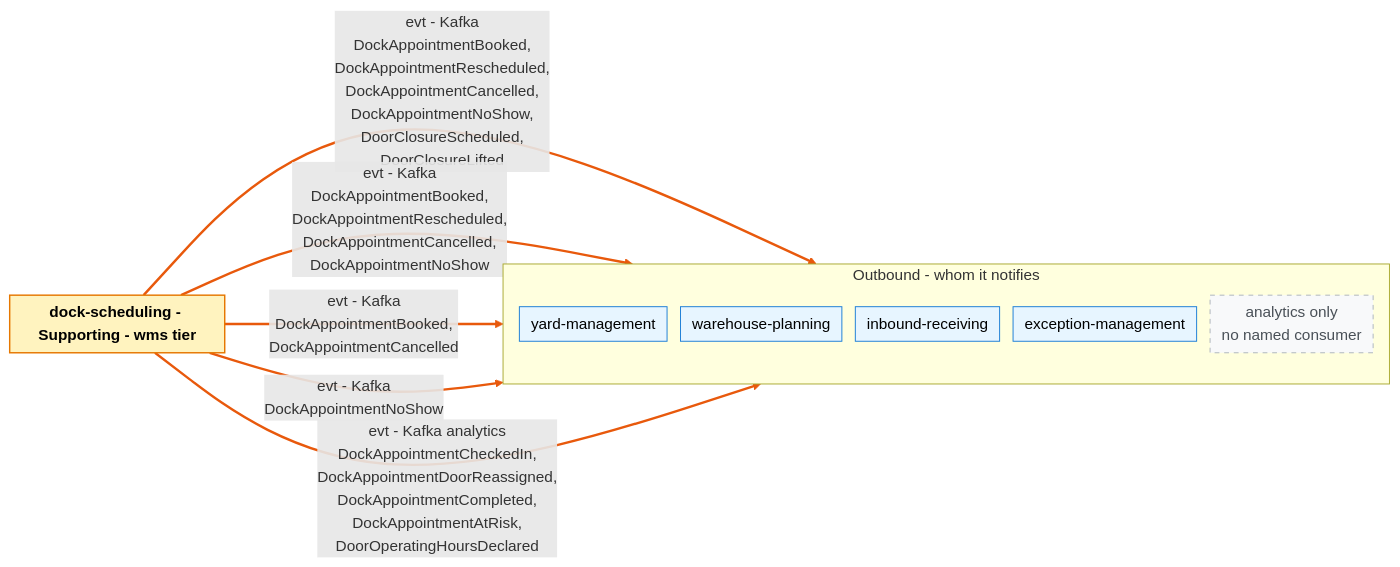
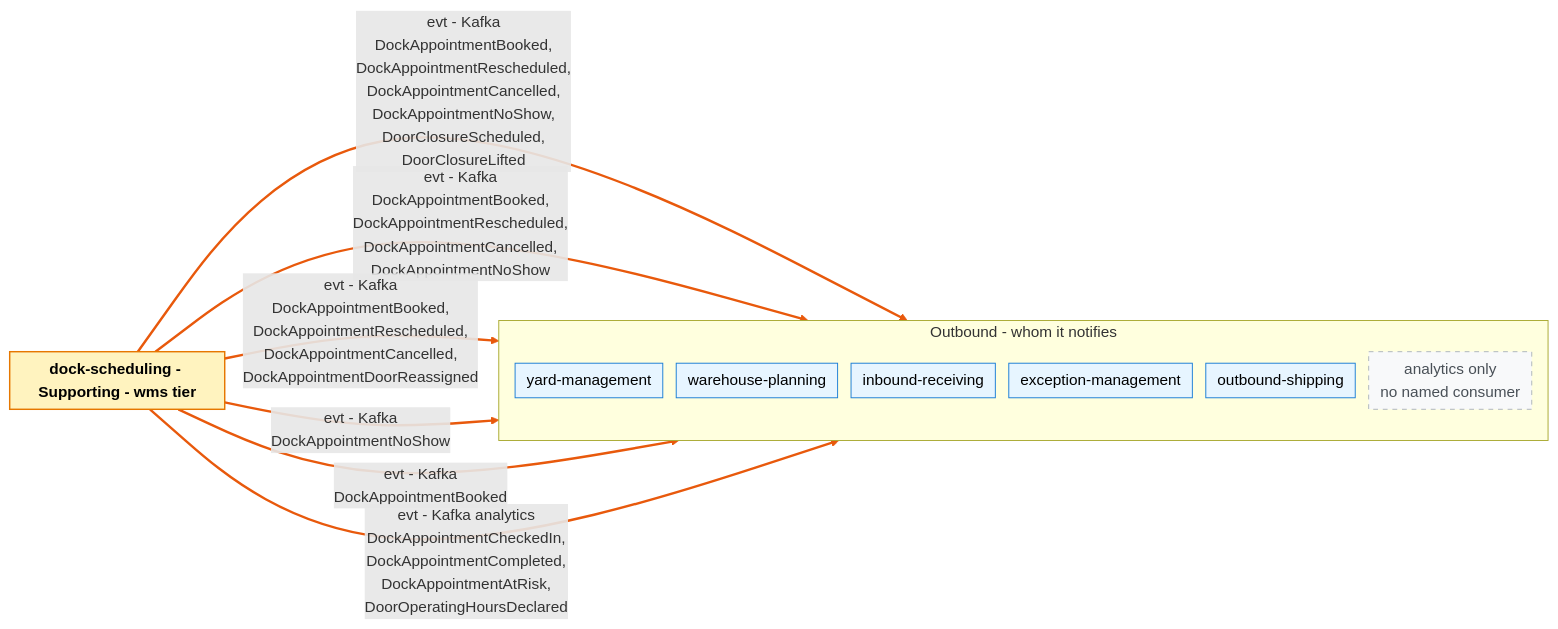
Before and after one commit to IQVO/warehouse-docs: the second of 2 diagrams in yard/docs/contexts/dock-scheduling/bounded-context-canvas.md, drawn with Mermaid. The commit also changed other lines of this file and 51 other files, not shown here.

````diff
--- a/yard/docs/contexts/dock-scheduling/bounded-context-canvas.md
+++ b/yard/docs/contexts/dock-scheduling/bounded-context-canvas.md
@@ -78,30 +78,33 @@
 ```mermaid
 %%{init: {"flowchart": {"nodeSpacing": 14, "rankSpacing": 40, "padding": 6}}}%%
 flowchart LR
     classDef bc fill:#fff3bf,stroke:#e67700,stroke-width:1.5px,color:#000
     classDef card fill:#fff9db,stroke:#f08c00,color:#000,text-align:left
     classDef ctx fill:#e7f5ff,stroke:#1c7ed6,color:#000
     classDef actor fill:#fff4e6,stroke:#e8590c,color:#000
     classDef ext fill:#ffe3e3,stroke:#c92a2a,color:#000
     classDef self fill:#f1f3f5,stroke:#868e96,color:#000
     classDef none fill:#f8f9fa,stroke:#adb5bd,stroke-dasharray:5 5,color:#495057
     BC["<b>dock-scheduling - Supporting - wms tier</b>"]:::bc
     subgraph OUT["Outbound - whom it notifies"]
         direction TB
         out0["yard-management"]:::ctx
         out1["warehouse-planning"]:::ctx
         out2["inbound-receiving"]:::ctx
         out3["exception-management"]:::ctx
-        out4["analytics only<br/>no named consumer"]:::none
+        out4["outbound-shipping"]:::ctx
+        out5["analytics only<br/>no named consumer"]:::none
     end
     BC ==>|"evt - Kafka<br/>DockAppointmentBooked,<br/>DockAppointmentRescheduled,<br/>DockAppointmentCancelled,<br/>DockAppointmentNoShow,<br/>DoorClosureScheduled,<br/>DoorClosureLifted"| out0
     BC ==>|"evt - Kafka<br/>DockAppointmentBooked,<br/>DockAppointmentRescheduled,<br/>DockAppointmentCancelled,<br/>DockAppointmentNoShow"| out1
-    BC ==>|"evt - Kafka<br/>DockAppointmentBooked,<br/>DockAppointmentCancelled"| out2
+    BC ==>|"evt - Kafka<br/>DockAppointmentBooked,<br/>DockAppointmentRescheduled,<br/>DockAppointmentCancelled,<br/>DockAppointmentDoorReassigned"| out2
     BC ==>|"evt - Kafka<br/>DockAppointmentNoShow"| out3
-    BC ==>|"evt - Kafka analytics<br/>DockAppointmentCheckedIn,<br/>DockAppointmentDoorReassigned,<br/>DockAppointmentCompleted,<br/>DockAppointmentAtRisk,<br/>DoorOperatingHoursDeclared"| out4
+    BC ==>|"evt - Kafka<br/>DockAppointmentBooked"| out4
+    BC ==>|"evt - Kafka analytics<br/>DockAppointmentCheckedIn,<br/>DockAppointmentCompleted,<br/>DockAppointmentAtRisk,<br/>DoorOperatingHoursDeclared"| out5
     linkStyle 0 stroke:#e8590c,stroke-width:2.5px
     linkStyle 1 stroke:#e8590c,stroke-width:2.5px
     linkStyle 2 stroke:#e8590c,stroke-width:2.5px
     linkStyle 3 stroke:#e8590c,stroke-width:2.5px
     linkStyle 4 stroke:#e8590c,stroke-width:2.5px
+    linkStyle 5 stroke:#e8590c,stroke-width:2.5px
 ```
````
